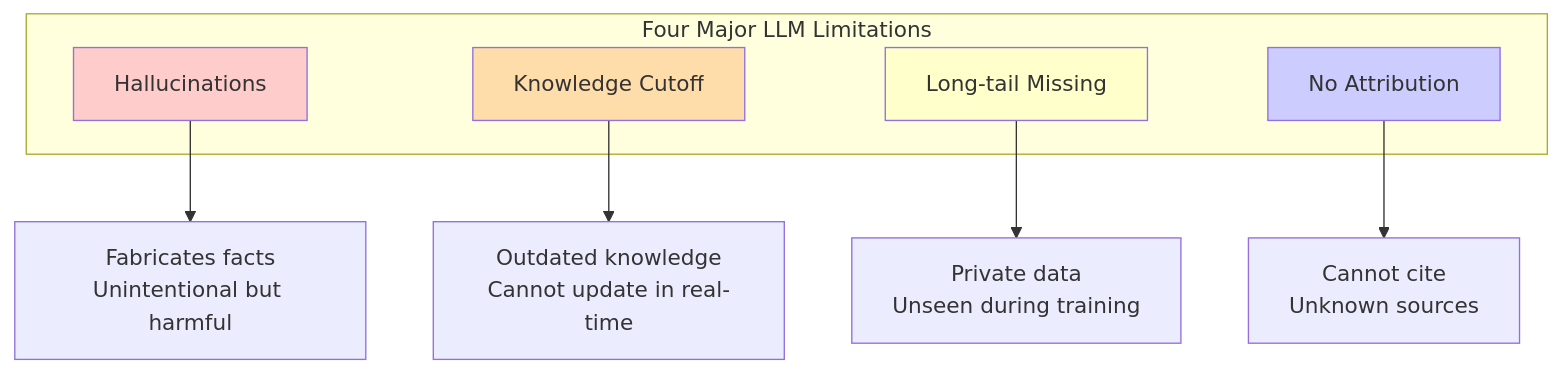
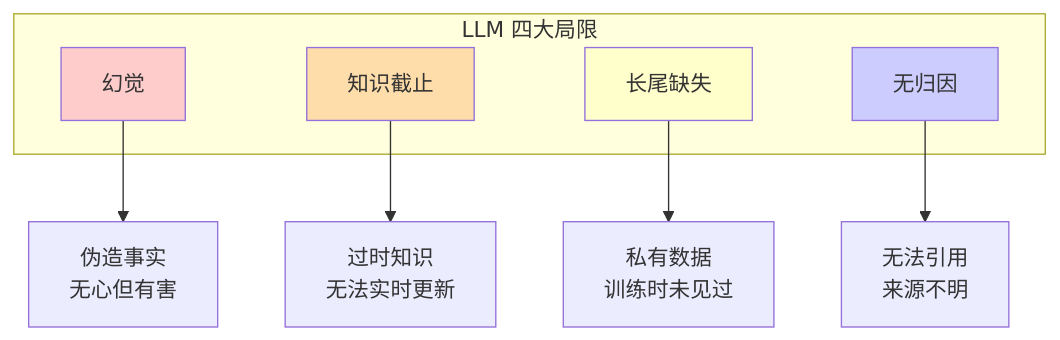
The third of 15 diagrams in i18n/zh-Hans/docusaurus-plugin-content-docs/current/ai/rag/01-introduction.mdx (YiWang24/AiDIY), drawn with Mermaid before and after one commit. The commit also changed other lines of this file and 59 other files, not shown here.

````diff
--- a/i18n/zh-Hans/docusaurus-plugin-content-docs/current/ai/rag/01-introduction.mdx
+++ b/i18n/zh-Hans/docusaurus-plugin-content-docs/current/ai/rag/01-introduction.mdx
@@ -193,19 +193,19 @@
 ```mermaid
 flowchart TB
-    subgraph LLM_Defects["Four Major LLM Limitations"]
-        A["Hallucinations"]
-        B["Knowledge Cutoff"]
-        C["Long-tail Missing"]
-        D["No Attribution"]
+    subgraph LLM_Defects["LLM 四大局限"]
+        A["幻觉"]
+        B["知识截止"]
+        C["长尾缺失"]
+        D["无归因"]
     end
 
-    A --> A1["Fabricates facts<br/>Unintentional but harmful"]
-    B --> B1["Outdated knowledge<br/>Cannot update in real-time"]
-    C --> C1["Private data<br/>Unseen during training"]
-    D --> D1["Cannot cite<br/>Unknown sources"]
+    A --> A1["伪造事实<br/>无心但有害"]
+    B --> B1["过时知识<br/>无法实时更新"]
+    C --> C1["私有数据<br/>训练时未见过"]
+    D --> D1["无法引用<br/>来源不明"]
 
     style A fill:#ffcccc
     style B fill:#ffddaa
     style C fill:#ffffcc
     style D fill:#ccccff
 ```
````
